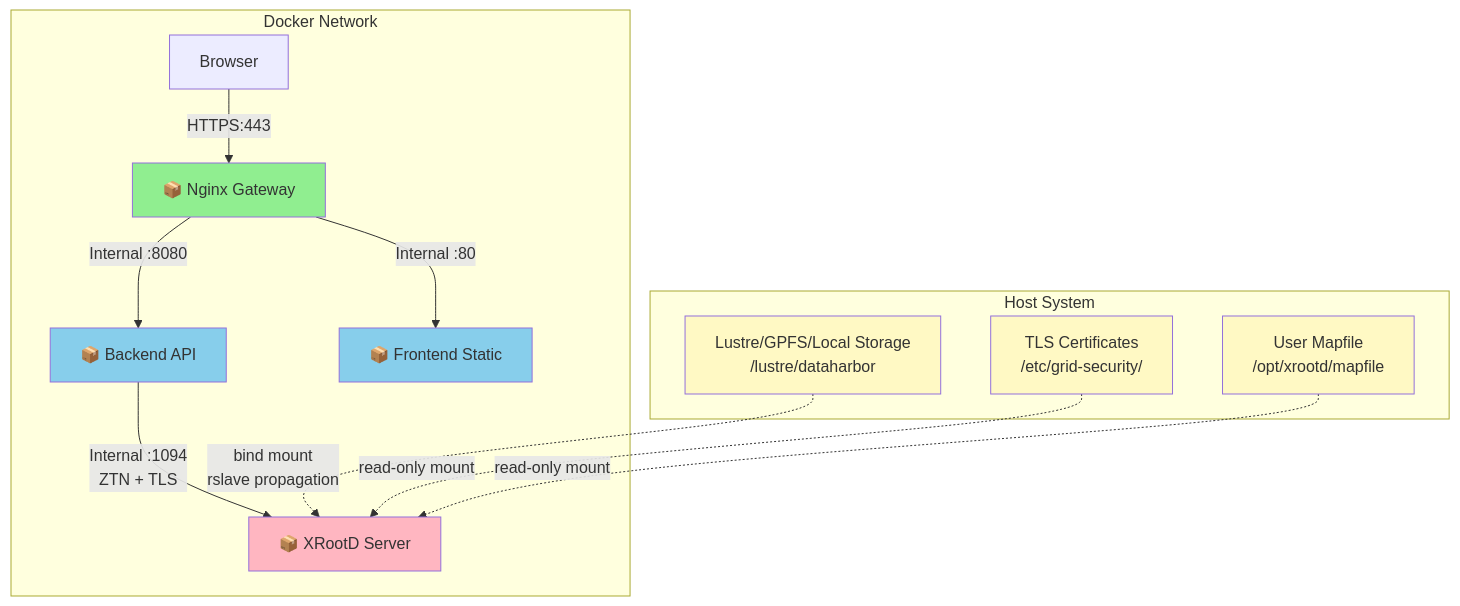
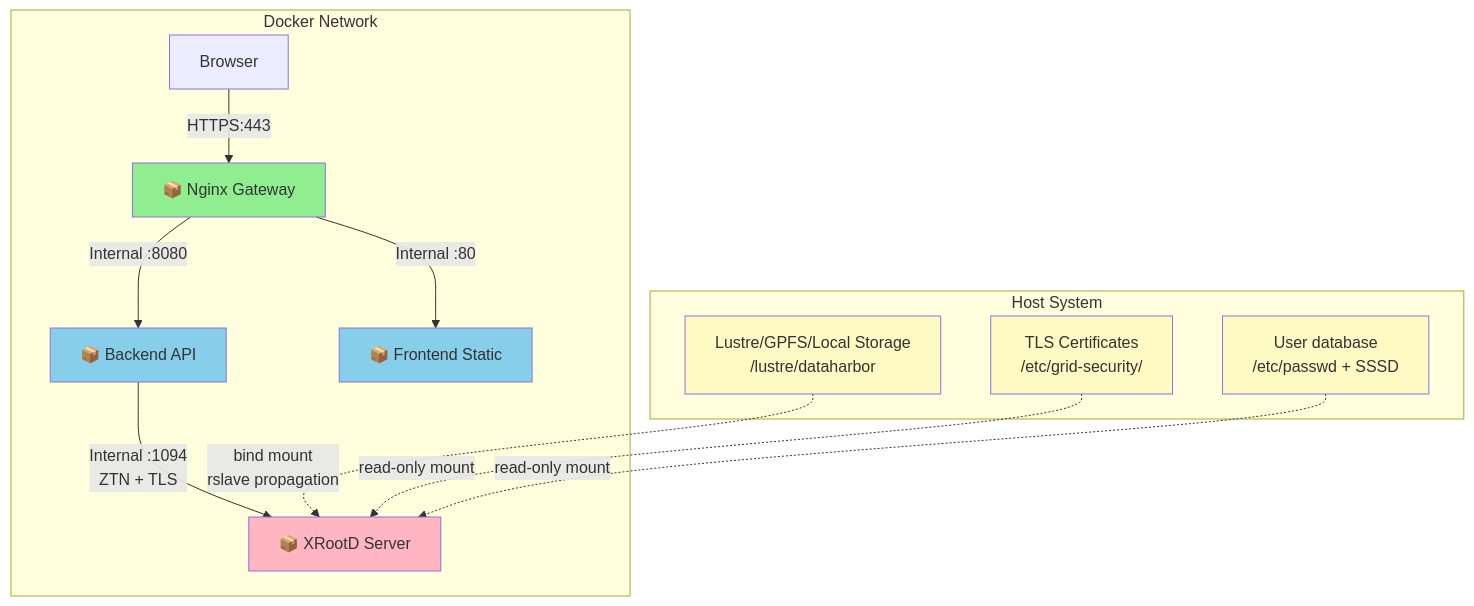
The first of 2 diagrams in docker/README.md (AnarManafov/dataharbor), drawn with Mermaid before and after one commit. The commit also changed other lines of this file and 35 other files, not shown here.

````diff
--- a/docker/README.md
+++ b/docker/README.md
@@ -11,27 +11,27 @@
 ```mermaid
 graph TB
     subgraph "Host System"
         HostFS[Lustre/GPFS/Local Storage<br/>/lustre/dataharbor]
         HostCerts[TLS Certificates<br/>/etc/grid-security/]
-        HostMap[User Mapfile<br/>/opt/xrootd/mapfile]
+        HostUsers[User database<br/>/etc/passwd + SSSD]
     end
 
     subgraph "Docker Network"
         Client[Browser] -->|HTTPS:443| NGX1[📦 Nginx Gateway]
         NGX1 -->|Internal :8080| BE1[📦 Backend API]
         NGX1 -->|Internal :80| FE1[📦 Frontend Static]
         BE1 -->|Internal :1094<br/>ZTN + TLS| XRD1[📦 XRootD Server]
 
         HostFS -.->|bind mount<br/>rslave propagation| XRD1
         HostCerts -.->|read-only mount| XRD1
-        HostMap -.->|read-only mount| XRD1
+        HostUsers -.->|read-only mount| XRD1
     end
 
     style NGX1 fill:#90EE90
     style BE1 fill:#87CEEB
     style FE1 fill:#87CEEB
     style XRD1 fill:#FFB6C1
     style HostFS fill:#FFF9C4
     style HostCerts fill:#FFF9C4
-    style HostMap fill:#FFF9C4
+    style HostUsers fill:#FFF9C4
 ```
````
